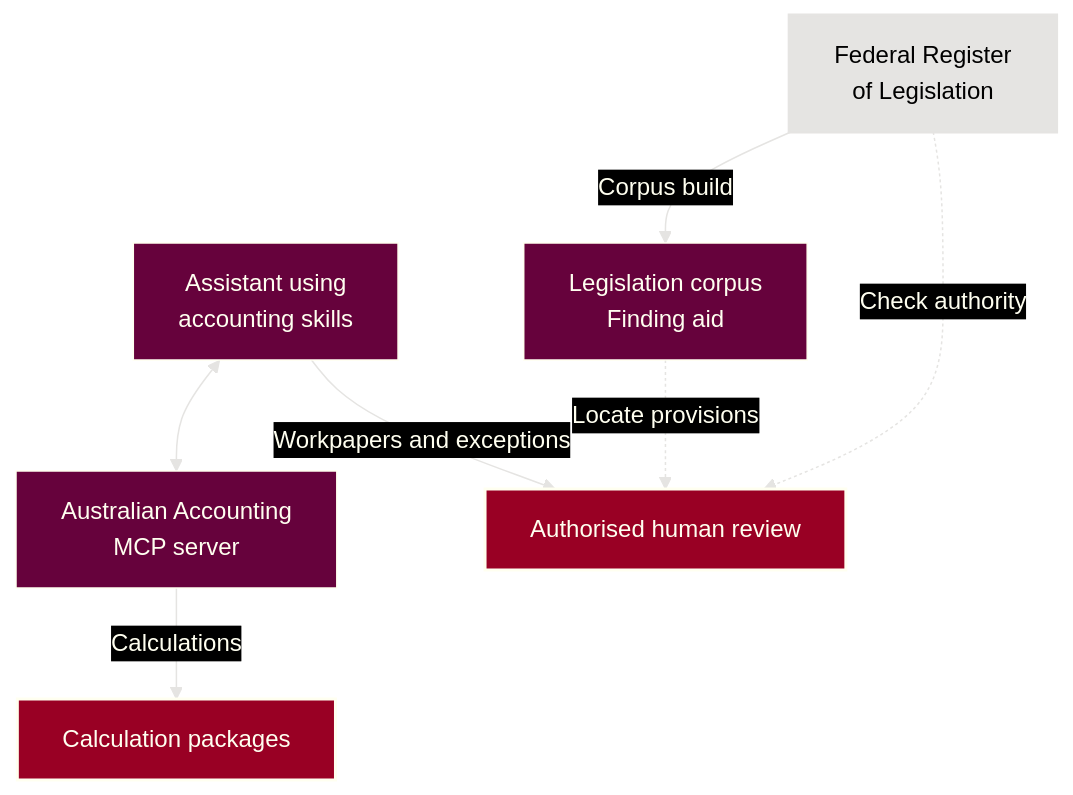
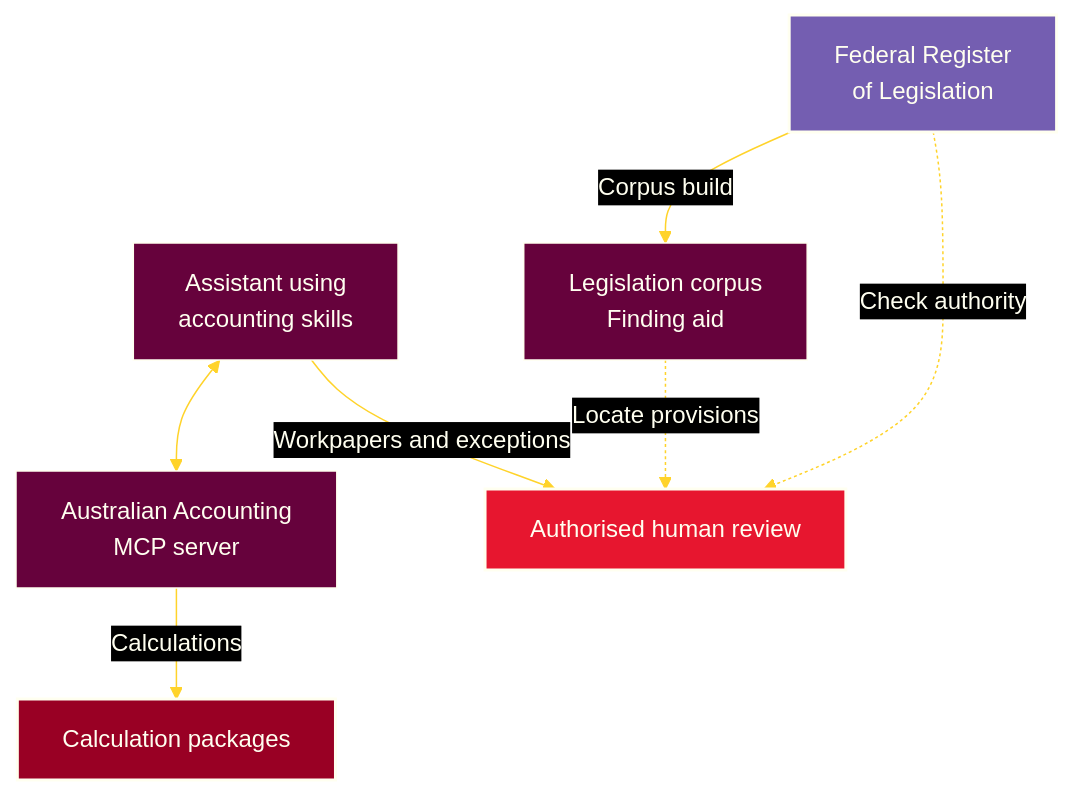
Before and after one commit to ryanduguid/ryanduguid: the diagram in README.md, drawn with Mermaid.

Commit message:
docs: extend Mermaid accent palette (#73)

````diff
--- a/README.md
+++ b/README.md
@@ -48,14 +48,14 @@
 ```mermaid
 flowchart TB
-%%{init: {"theme": "base", "look": "classic", "themeVariables": {"background": "#000000", "primaryColor": "#66023C", "primaryTextColor": "#FFFFF0", "primaryBorderColor": "#FFFFF0", "lineColor": "#E5E4E2", "textColor": "#FFFFF0", "edgeLabelBackground": "#000000", "clusterBkg": "#000000", "clusterBorder": "#E5E4E2", "titleColor": "#E5E4E2"}}}%%
+%%{init: {"theme": "base", "look": "classic", "themeVariables": {"background": "#000000", "primaryColor": "#66023C", "primaryTextColor": "#FFFFF0", "primaryBorderColor": "#FFFFF0", "lineColor": "#FFD32A", "textColor": "#FFFFF0", "edgeLabelBackground": "#000000", "clusterBkg": "#000000", "clusterBorder": "#9B7735", "titleColor": "#E5E4E2"}}}%%
     assistant["Assistant using<br/>accounting skills"] <--> mcp["Australian Accounting<br/>MCP server"]
     mcp -->|Calculations| engines["Calculation packages"]
     assistant -->|Workpapers and exceptions| reviewer["Authorised human review"]
     official["Federal Register<br/>of Legislation"] -->|Corpus build| corpus["Legislation corpus<br/>Finding aid"]
     corpus -. Locate provisions .-> reviewer
     official -. Check authority .-> reviewer
     style engines fill:#990024,stroke:#FFFFF0,stroke-width:2px,color:#FFFFF0
-    style reviewer fill:#990024,stroke:#FFFFF0,stroke-width:2px,color:#FFFFF0
-    classDef external fill:#E5E4E2,stroke:#E5E4E2,stroke-width:2px,color:#000000
+    style reviewer fill:#E7162F,stroke:#FFFFF0,stroke-width:2px,color:#FFFFF0
+    classDef external fill:#745EB1,stroke:#FFFFF0,stroke-width:2px,color:#FFFFF0
     class official external
 ```
````
